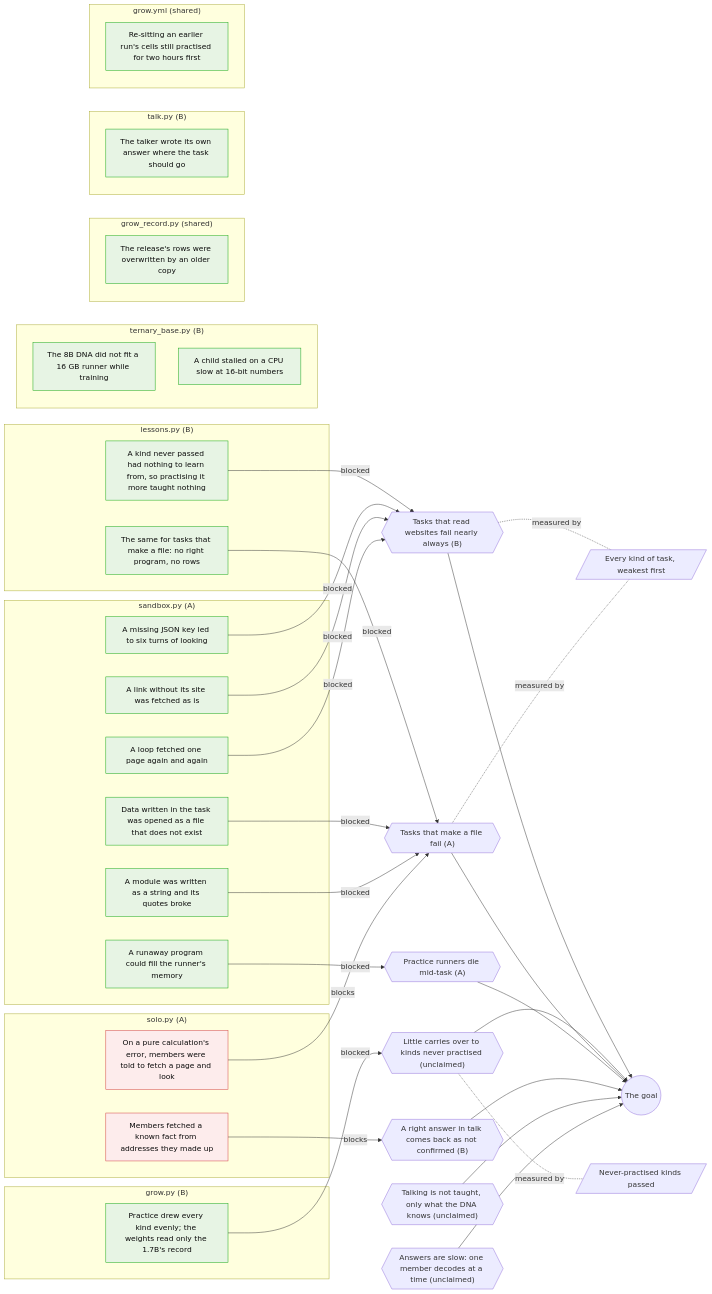
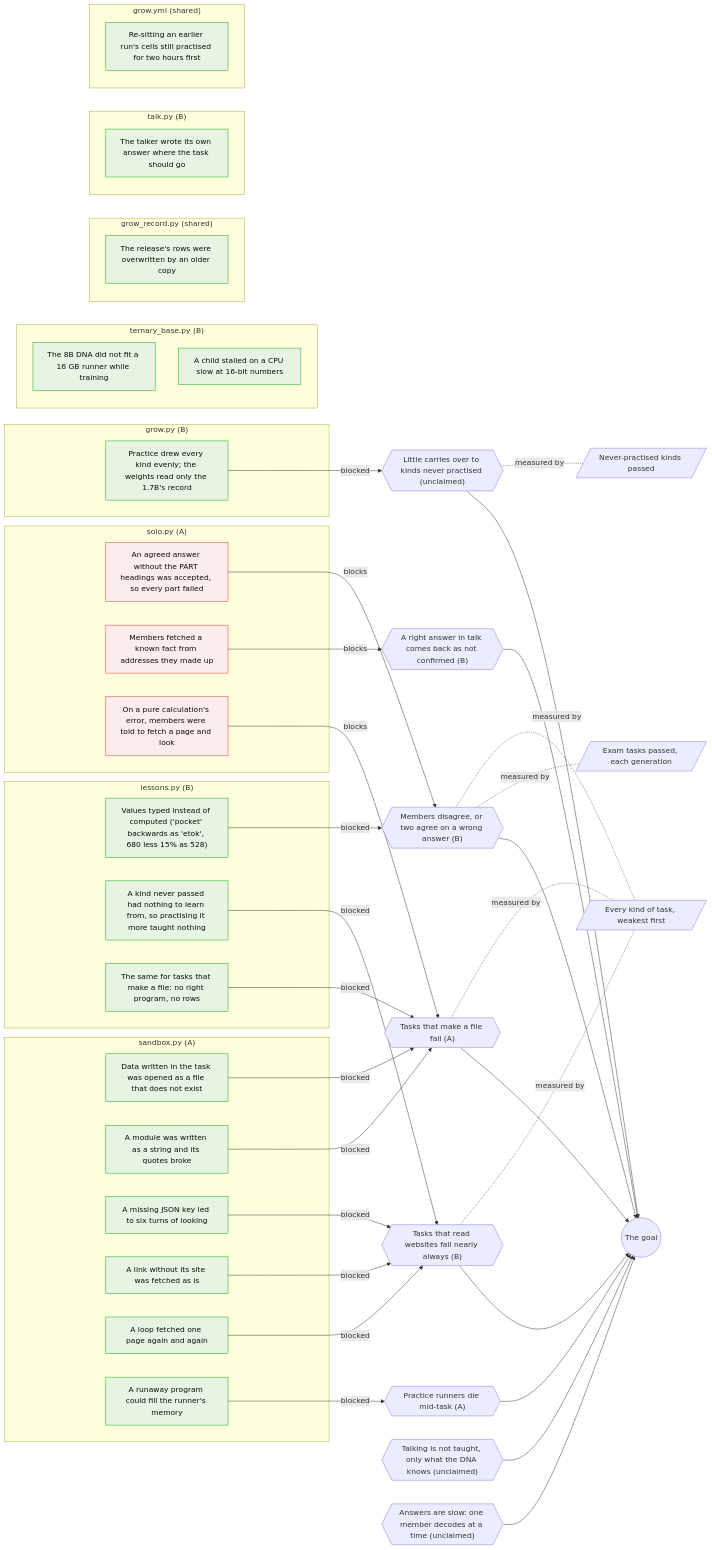
Before and after one commit to Arnav123-s/HiveMIND: the third of 3 diagrams in docs/KNOWLEDGE.md, drawn with Mermaid. The commit also changed other lines of this file and 4 other files, not shown here.

First line of the commit message:
Lessons for the everyday kinds, where every value is computed and never typed; the hive's own failures come back first

````diff
--- a/docs/KNOWLEDGE.md
+++ b/docs/KNOWLEDGE.md
@@ -67,68 +67,77 @@
 ```mermaid
 flowchart LR
   goal(("The goal"))
+  reasoning{{"Members disagree, or two agree on a wrong answer (B)"}}
+  reasoning --> goal
+  reasoning -.-|measured by| m_score
+  reasoning -.-|measured by| m_kinds
   web{{"Tasks that read websites fail nearly always (B)"}}
   web --> goal
   web -.-|measured by| m_kinds
   carryover{{"Little carries over to kinds never practised (unclaimed)"}}
   carryover --> goal
   carryover -.-|measured by| m_carry
   files{{"Tasks that make a file fail (A)"}}
   files --> goal
   files -.-|measured by| m_kinds
   deaths{{"Practice runners die mid-task (A)"}}
   deaths --> goal
   confirm{{"A right answer in talk comes back as not confirmed (B)"}}
   confirm --> goal
   talktaught{{"Talking is not taught, only what the DNA knows (unclaimed)"}}
   talktaught --> goal
   speed{{"Answers are slow: one member decodes at a time (unclaimed)"}}
   speed --> goal
+  m_score[/"Exam tasks passed, each generation"/]
   m_carry[/"Never-practised kinds passed"/]
   m_kinds[/"Every kind of task, weakest first"/]
   subgraph p_practice["grow.py (B)"]
     f_flat["Practice drew every kind evenly; the weights read only the 1.7B's record"]:::fixed
   end
   subgraph p_lessons["lessons.py (B)"]
+    f_typed["Values typed instead of computed ('pocket' backwards as 'etok', 680 less 15% as 528)"]:::fixed
     f_nothingright["A kind never passed had nothing to learn from, so practising it more taught nothing"]:::fixed
     f_nothingrightfiles["The same for tasks that make a file: no right program, no rows"]:::fixed
   end
   subgraph p_members["solo.py (A)"]
+    f_noheadings["An agreed answer without the PART headings was accepted, so every part failed"]:::open
     f_fetchknown["Members fetched a known fact from addresses they made up"]:::open
     f_lookadvice["On a pure calculation's error, members were told to fetch a page and look"]:::open
   end
   subgraph p_sandbox["sandbox.py (A)"]
     f_given["Data written in the task was opened as a file that does not exist"]:::fixed
     f_module["A module was written as a string and its quotes broke"]:::fixed
     f_jsonkey["A missing JSON key led to six turns of looking"]:::fixed
     f_links["A link without its site was fetched as is"]:::fixed
     f_samepage["A loop fetched one page again and again"]:::fixed
     f_memory["A runaway program could fill the runner's memory"]:::fixed
   end
   subgraph p_train["ternary_base.py (B)"]
     f_oom8b["The 8B DNA did not fit a 16 GB runner while training"]:::fixed
     f_slowcpu["A child stalled on a CPU slow at 16-bit numbers"]:::fixed
   end
   subgraph p_record["grow_record.py (shared)"]
     f_overwrite["The release's rows were overwritten by an older copy"]:::fixed
   end
   subgraph p_talk["talk.py (B)"]
     f_talkerwrote["The talker wrote its own answer where the task should go"]:::fixed
   end
   subgraph p_workflow["grow.yml (shared)"]
     f_resit["Re-sitting an earlier run's cells still practised for two hours first"]:::fixed
   end
+  f_typed -->|blocked| reasoning
+  f_noheadings -->|blocks| reasoning
   f_nothingright -->|blocked| web
   f_nothingrightfiles -->|blocked| files
   f_fetchknown -->|blocks| confirm
   f_given -->|blocked| files
   f_module -->|blocked| files
   f_jsonkey -->|blocked| web
   f_links -->|blocked| web
   f_samepage -->|blocked| web
   f_lookadvice -->|blocks| files
   f_memory -->|blocked| deaths
   f_flat -->|blocked| carryover
   classDef fixed fill:#e7f4e4,stroke:#0ca30c,color:#0b0b0b
   classDef open fill:#fdecec,stroke:#d03b3b,color:#0b0b0b
 ```
````
